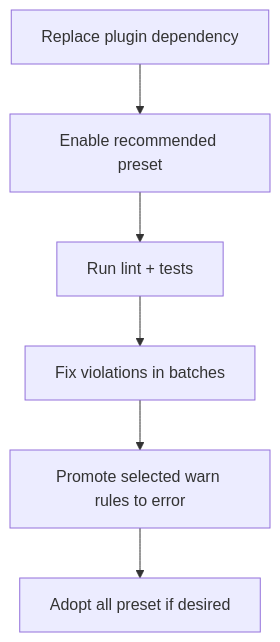
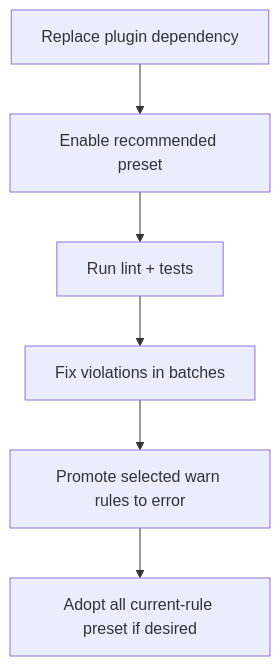
One commit to Nick2bad4u/eslint-plugin-etc-misc changed the diagram in docs/docusaurus/site-docs/guides/migration-from-etc-and-misc.md. Above: the diagram before and after it, drawn with Mermaid. The commit also changed other lines of this file and 131 other files, not shown here.

````diff
--- a/docs/docusaurus/site-docs/guides/migration-from-etc-and-misc.md
+++ b/docs/docusaurus/site-docs/guides/migration-from-etc-and-misc.md
@@ -68,8 +68,8 @@
 ```mermaid
 flowchart TD
   A[Replace plugin dependency] --> B[Enable recommended preset]
   B --> C[Run lint + tests]
   C --> D[Fix violations in batches]
   D --> E[Promote selected warn rules to error]
-  E --> F[Adopt all preset if desired]
+  E --> F[Adopt all current-rule preset if desired]
 ```
````
